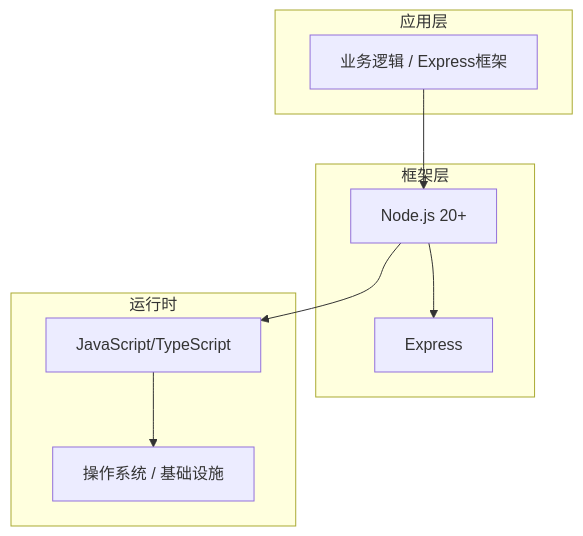
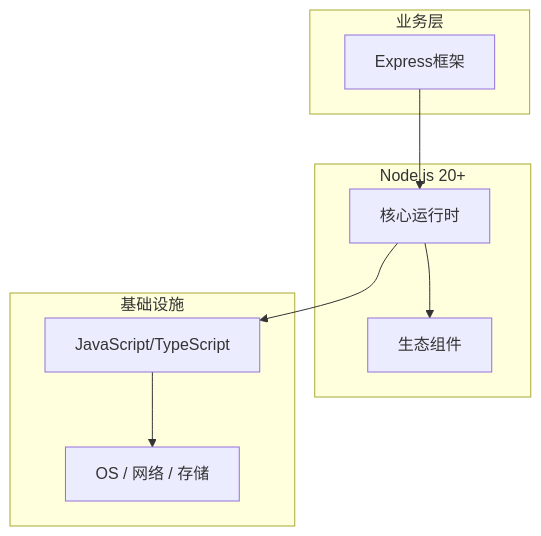
The diagram in articles/Node.js/chapters/051-Express框架核心概念与原理.md (yanggan2015/knowledge-json-v2), drawn with Mermaid before and after one commit. The commit also changed other lines of this file and 10127 other files, not shown here.

````diff
--- a/articles/Node.js/chapters/051-Express框架核心概念与原理.md
+++ b/articles/Node.js/chapters/051-Express框架核心概念与原理.md
@@ -45,18 +34,18 @@
 ```mermaid
 graph TB
-    subgraph 应用层
-        A[业务逻辑 / Express框架]
+    subgraph 业务层
+        A[Express框架]
     end
-    subgraph 框架层
-        B[Node.js 20+]
-        C[Express]
+    subgraph Node.js 20+
+        B[核心运行时]
+        C[生态组件]
     end
-    subgraph 运行时
+    subgraph 基础设施
         D[JavaScript/TypeScript]
-        E[操作系统 / 基础设施]
+        E[OS / 网络 / 存储]
     end
     A --> B
     B --> C
     B --> D
     D --> E
 ```
````
